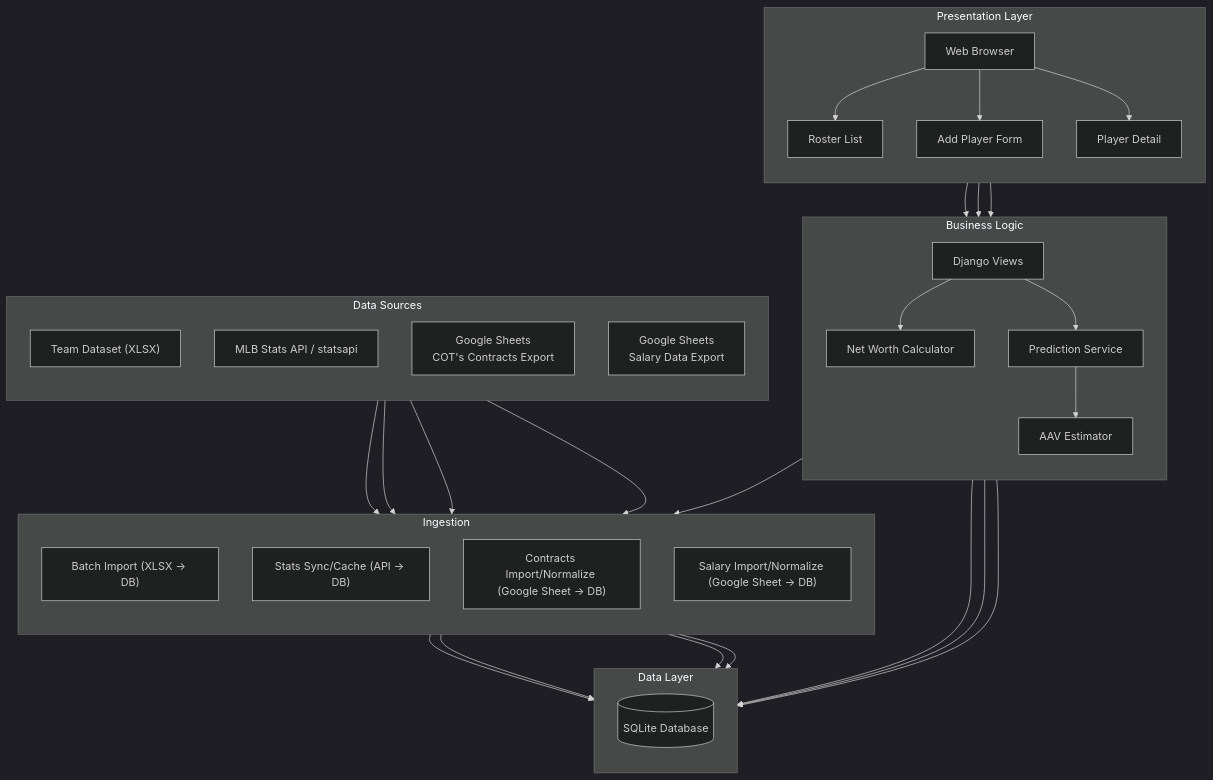
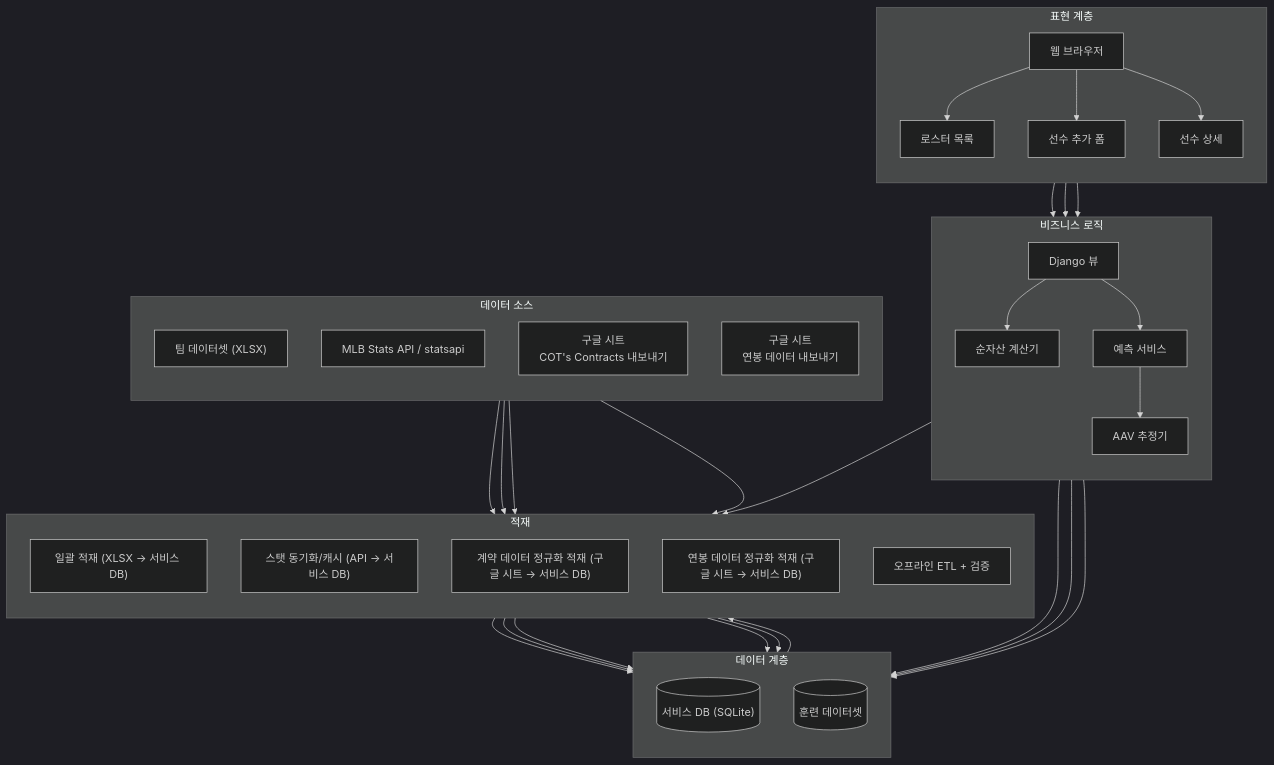
The first of 6 diagrams in ARCHITECTURE_TOBE.md (yechuk/backend), drawn with Mermaid (dark theme) before and after one commit. The commit also changed other lines of this file and 1 other file, not shown here.

````diff
--- a/ARCHITECTURE_TOBE.md
+++ b/ARCHITECTURE_TOBE.md
@@ -13,61 +17,65 @@
 ```mermaid
 flowchart TB
-    subgraph presentation [Presentation Layer]
+    subgraph presentation [표현 계층]
         direction TB
-        A[Web Browser]
-        B[Roster List]
-        C[Add Player Form]
-        D[Player Detail]
+        A[웹 브라우저]
+        B[로스터 목록]
+        C[선수 추가 폼]
+        D[선수 상세]
     end
     
-    subgraph business [Business Logic]
+    subgraph business [비즈니스 로직]
         direction TB
-        E[Django Views]
-        F[Net Worth Calculator]
-        P[Prediction Service]
-        AAV[AAV Estimator]
+        E[Django 뷰]
+        F[순자산 계산기]
+        P[예측 서비스]
+        AAV[AAV 추정기]
     end
     
-    subgraph data [Data Layer]
+    subgraph data [데이터 계층]
         direction TB
-        G[("SQLite Database")]
+        G[("서비스 DB (SQLite)")]
+        H[("훈련 데이터셋")]
     end
 
-    subgraph sources [Data Sources]
+    subgraph sources [데이터 소스]
         direction TB
-        X["Team Dataset (XLSX)"]
+        X["팀 데이터셋 (XLSX)"]
         API["MLB Stats API / statsapi"]
-        GS1["Google Sheets<br/>COT's Contracts Export"]
-        GS2["Google Sheets<br/>Salary Data Export"]
+        GS1["구글 시트<br/>COT's Contracts 내보내기"]
+        GS2["구글 시트<br/>연봉 데이터 내보내기"]
     end
 
-    subgraph ingestion [Ingestion]
+    subgraph ingestion [적재]
         direction TB
-        IMP["Batch Import (XLSX → DB)"]
-        STATS["Stats Sync/Cache (API → DB)"]
-        CONTRACTS["Contracts Import/Normalize (Google Sheet → DB)"]
-        SALARY["Salary Import/Normalize (Google Sheet → DB)"]
+        IMP["일괄 적재 (XLSX → 서비스 DB)"]
+        STATS["스탯 동기화/캐시 (API → 서비스 DB)"]
+        CONTRACTS["계약 데이터 정규화 적재 (구글 시트 → 서비스 DB)"]
+        SALARY["연봉 데이터 정규화 적재 (구글 시트 → 서비스 DB)"]
+        ETL["오프라인 ETL + 검증"]
     end
     
     A --> B
     A --> C
     A --> D
     B --> E
     C --> E
     D --> E
     E --> F
     E --> P
     P --> AAV
     E --> G
     P --> G
     AAV --> G
     X --> IMP
     IMP --> G
     API --> STATS
     STATS --> G
     GS1 --> CONTRACTS
     CONTRACTS --> G
     GS2 --> SALARY
     SALARY --> G
     E --> STATS
+    G --> ETL
+    ETL --> H
 ```
````
